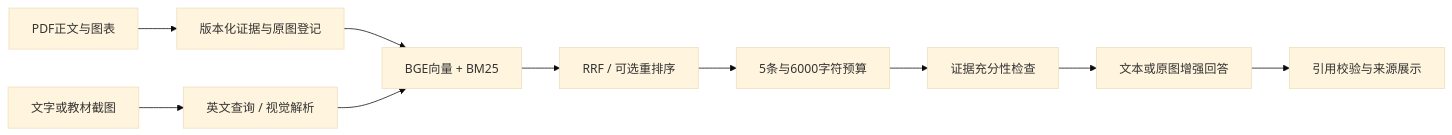
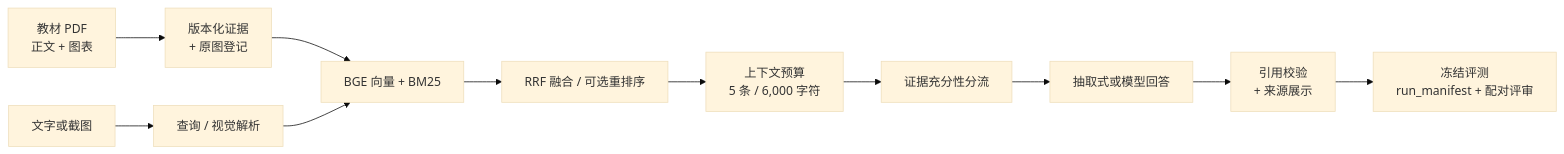
One commit to YhxMo/medical-rag changed the diagram in README.zh-CN.md. Above: the diagram before and after it, drawn with Mermaid (base theme). The commit also changed other lines of this file and 2 other files, not shown here.

````diff
--- a/README.zh-CN.md
+++ b/README.zh-CN.md
@@ -33,12 +21,13 @@
 ```mermaid
 flowchart LR
-  A[PDF正文与图表] --> B[版本化证据与原图登记]
-  B --> C[BGE向量 + BM25]
-  Q[文字或教材截图] --> P[英文查询 / 视觉解析]
+  A[教材 PDF<br/>正文 + 图表] --> B[版本化证据<br/>+ 原图登记]
+  B --> C[BGE 向量 + BM25]
+  Q[文字或截图] --> P[查询 / 视觉解析]
   P --> C
-  C --> D[RRF / 可选重排序]
-  D --> E[5条与6000字符预算]
-  E --> F[证据充分性检查]
-  F --> G[文本或原图增强回答]
-  G --> H[引用校验与来源展示]
+  C --> D[RRF 融合 / 可选重排序]
+  D --> E[上下文预算<br/>5 条 / 6,000 字符]
+  E --> F[证据充分性分流]
+  F --> G[抽取式或模型回答]
+  G --> H[引用校验<br/>+ 来源展示]
+  H --> I[冻结评测<br/>run_manifest + 配对评审]
 ```
````
